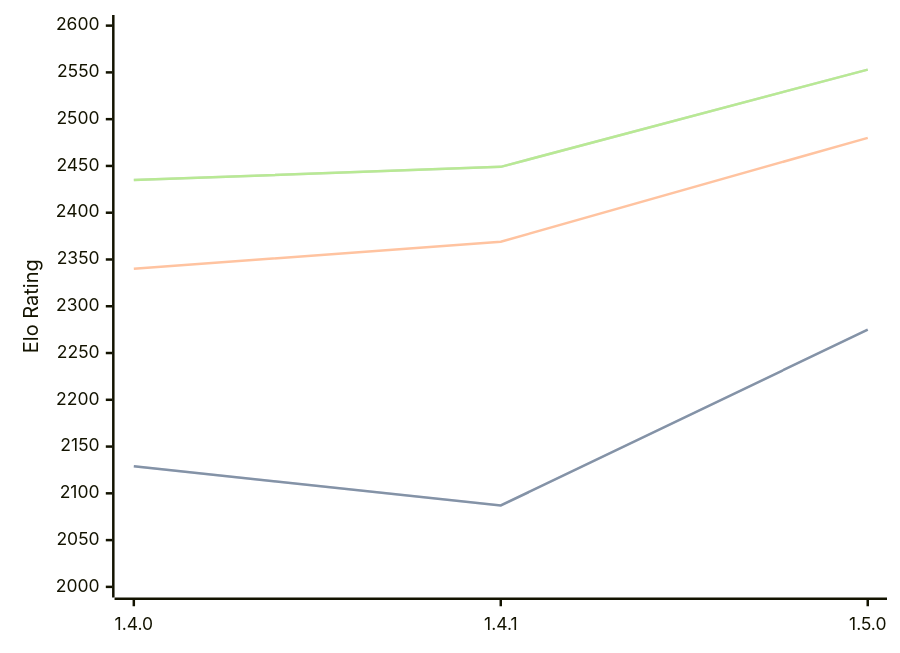
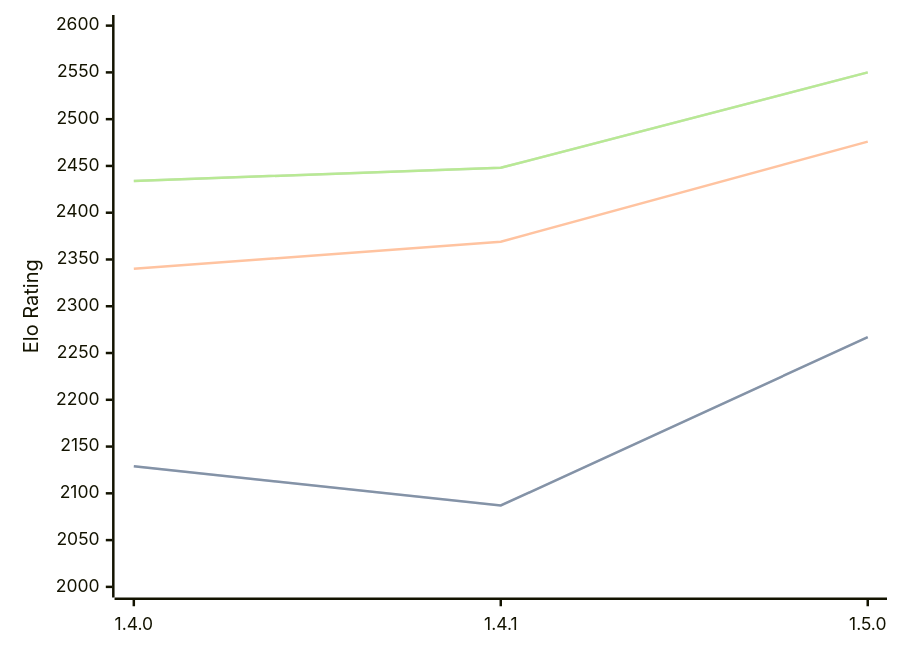
Before and after one commit to computer-chess-index/cci: the diagram in engines/Tofiks.md, drawn with Mermaid. The commit also changed other lines of this file, not shown here.

Commit message:
Update CCI Ratings (ELO VLTC) - 2026-05-07

````diff
--- a/engines/Tofiks.md
+++ b/engines/Tofiks.md
@@ -37,11 +37,11 @@
 ```mermaid
 %%{init: {"theme":"base","themeVariables":{"seriesColors:['#a3a3a3','#222221','#faa371']}}}%%
 xychart-beta
   x-axis ["1.4.0", "1.4.1", "1.5.0"]
   y-axis "Elo Rating" 2000 --> 2600
-  line "STC (8.0+0.08s)" [2129, 2087, 2275]
-  line "STC (8.0+0.08s)" [2129, 2087, 2275]
-  line "LTC (60.0+0.60s)" [2340, 2369, 2480]
-  line "VLTC (2m24s+1.12s)" [2435, 2449, 2553]
-  line "VLTC (2m24s+1.12s)" [2435, 2449, 2553]
+  line "STC (8.0+0.08s)" [2129, 2087, 2267]
+  line "STC (8.0+0.08s)" [2129, 2087, 2267]
+  line "LTC (60.0+0.60s)" [2340, 2369, 2476]
+  line "VLTC (2m24s+1.12s)" [2434, 2448, 2550]
+  line "VLTC (2m24s+1.12s)" [2434, 2448, 2550]
 ```
````
